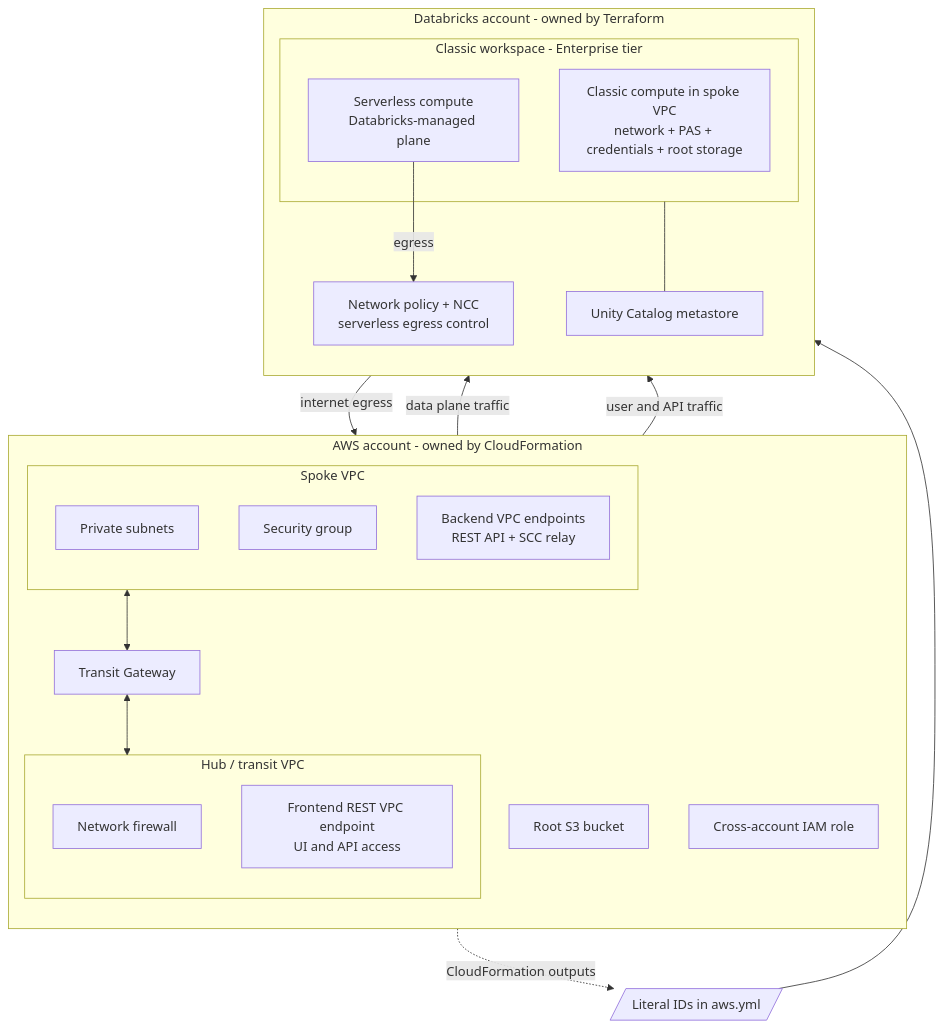
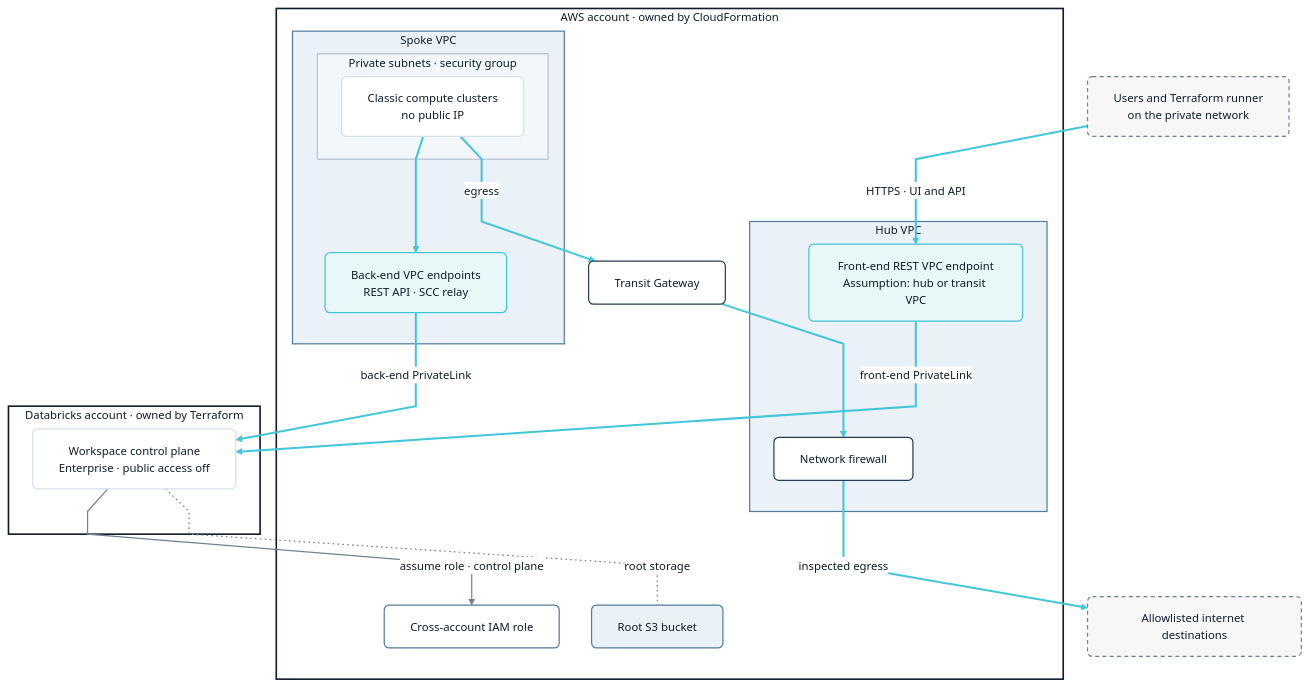
Before and after one commit to tanveer-singh-db/terraform_databricks_workspace_deployment_aws: the first of 3 diagrams in README.md, drawn with Mermaid. The commit also changed other lines of this file, not shown here.

Commit message:
docs: restyle README Mermaid diagrams with Arctic Signal design system

````diff
--- a/README.md
+++ b/README.md
@@ -9,39 +9,55 @@
 ```mermaid
+%%{init: {"theme": "base", "themeVariables": {"fontFamily": "Inter, Arial, Helvetica, sans-serif", "fontSize": "14px", "background": "#FFFFFF", "primaryColor": "#FFFFFF", "primaryTextColor": "#101C2D", "primaryBorderColor": "#D5E0E9", "lineColor": "#718096", "clusterBkg": "#F7FAFC", "clusterBorder": "#233B55", "titleColor": "#101C2D", "edgeLabelBackground": "#FFFFFF"}, "flowchart": {"curve": "linear", "nodeSpacing": 40, "rankSpacing": 56, "padding": 16}}}%%
 flowchart TB
-    subgraph AWS["AWS account - owned by CloudFormation"]
-        direction TB
+    USERS["Users and Terraform runner<br/>on the private network"]:::external
+
+    subgraph AWS["AWS account · owned by CloudFormation"]
+        subgraph HUB["Hub VPC"]
+            FE_VPCE["Front-end REST VPC endpoint<br/>Assumption: hub or transit VPC"]:::endpoint
+            FW["Network firewall"]:::gateway
+        end
+        TGW["Transit Gateway"]:::gateway
         subgraph SPOKE["Spoke VPC"]
-            SUBNETS["Private subnets"]
-            SG["Security group"]
-            BE_VPCE["Backend VPC endpoints<br/>REST API + SCC relay"]
+            subgraph SUBNETS["Private subnets · security group"]
+                CLASSIC["Classic compute clusters<br/>no public IP"]:::compute
+            end
+            BE_VPCE["Back-end VPC endpoints<br/>REST API · SCC relay"]:::endpoint
         end
-        subgraph HUB["Hub / transit VPC"]
-            FW["Network firewall"]
-            FE_VPCE["Frontend REST VPC endpoint<br/>UI and API access"]
-        end
-        TGW["Transit Gateway"]
-        BUCKET["Root S3 bucket"]
-        ROLE["Cross-account IAM role"]
-        SPOKE <--> TGW <--> HUB
+        BUCKET["Root S3 bucket"]:::storage
+        ROLE["Cross-account IAM role"]:::identity
     end
 
-    YAML[/"Literal IDs in aws.yml"/]
-    AWS -. "CloudFormation outputs" .-> YAML
-
-    subgraph DBX["Databricks account - owned by Terraform"]
-        direction TB
-        subgraph WS["Classic workspace - Enterprise tier"]
-            CLASSIC["Classic compute in spoke VPC<br/>network + PAS + credentials + root storage"]
-            SERVERLESS["Serverless compute<br/>Databricks-managed plane"]
-        end
-        UC["Unity Catalog metastore"]
-        POLICY["Network policy + NCC<br/>serverless egress control"]
+    subgraph DBX["Databricks account · owned by Terraform"]
+        CP["Workspace control plane<br/>Enterprise · public access off"]:::compute
     end
 
-    YAML --> WS
-    BE_VPCE -- "data plane traffic" --> CLASSIC
-    FE_VPCE -- "user and API traffic" --> WS
-    CLASSIC -- "internet egress" --> FW
-    SERVERLESS -- "egress" --> POLICY
-    WS --- UC
+    INTERNET["Allowlisted internet destinations"]:::external
+
+    USERS -- "HTTPS · UI and API" --> FE_VPCE
+    FE_VPCE -- "front-end PrivateLink" --> CP
+    CLASSIC --> BE_VPCE
+    BE_VPCE -- "back-end PrivateLink" --> CP
+    CLASSIC -- "egress" --> TGW
+    TGW --> FW
+    FW -- "inspected egress" --> INTERNET
+    CP -- "assume role · control plane" --> ROLE
+    CP -. "root storage" .- BUCKET
+
+    classDef external fill:#F7F7F7,stroke:#718096,stroke-width:1.5px,stroke-dasharray:5 4,color:#101C2D,rx:6,ry:6
+    classDef endpoint fill:#E8F7F8,stroke:#42C6D9,stroke-width:1.5px,color:#101C2D,rx:6,ry:6
+    classDef gateway fill:#FFFFFF,stroke:#233B55,stroke-width:1.5px,color:#101C2D,rx:6,ry:6
+    classDef compute fill:#FFFFFF,stroke:#D5E0E9,stroke-width:1.5px,color:#101C2D,rx:6,ry:6
+    classDef storage fill:#EAF2F8,stroke:#527C9F,stroke-width:1.5px,color:#101C2D,rx:6,ry:6
+    classDef identity fill:#FFFFFF,stroke:#527C9F,stroke-width:1.5px,color:#101C2D,rx:6,ry:6
+    classDef platform fill:#F7FAFC,stroke:#527C9F,stroke-width:1.5px,color:#101C2D,rx:6,ry:6
+
+    style AWS fill:#FFFFFF,stroke:#101C2D,stroke-width:2px,color:#101C2D
+    style DBX fill:#FFFFFF,stroke:#101C2D,stroke-width:2px,color:#101C2D
+    style HUB fill:#EAF2F8,stroke:#527C9F,stroke-width:1.5px,color:#101C2D
+    style SPOKE fill:#EAF2F8,stroke:#527C9F,stroke-width:1.5px,color:#101C2D
+    style SUBNETS fill:#F3F7FA,stroke:#9AABBA,stroke-width:1px,color:#101C2D
+
+    linkStyle 0,1,2,3,4,5,6 stroke:#42C6D9,stroke-width:2.5px
+    linkStyle 7 stroke:#718096,stroke-width:1.5px
+    linkStyle 8 stroke:#718096,stroke-width:1.5px,stroke-dasharray:2 4
 ```
````
